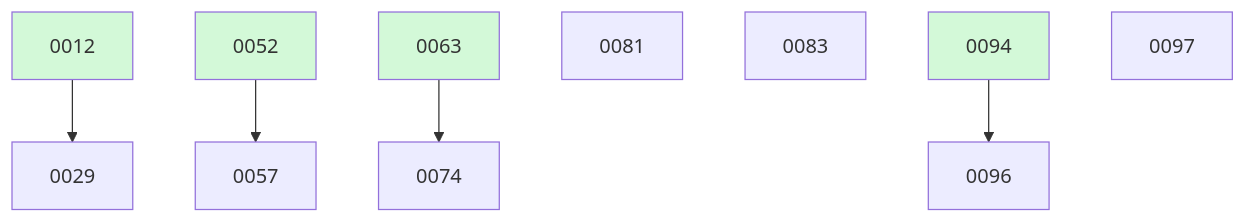
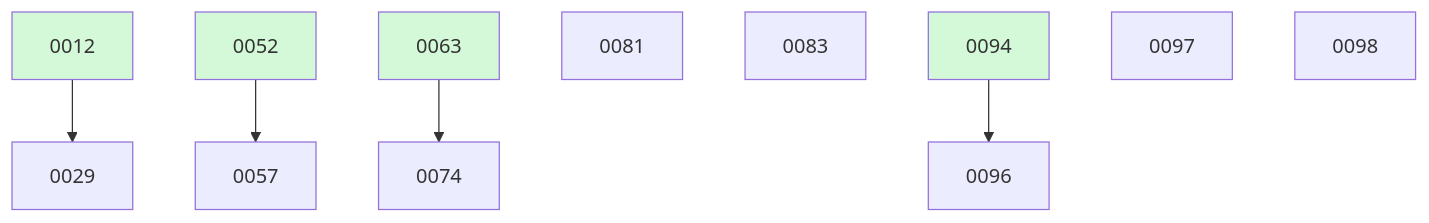
Before and after one commit to ethanhinson/fuse: the diagram in docs/changes/BOARD.md, drawn with Mermaid. The commit also changed other lines of this file and 1 other file, not shown here.

````diff
--- a/docs/changes/BOARD.md
+++ b/docs/changes/BOARD.md
@@ -32,15 +33,16 @@
 ```mermaid
 graph TD
   0012 --> 0029
   0052 --> 0057
   0063 --> 0074
   0081
   0083
   0094 --> 0096
   0097
+  0098
   0012:::done
   0052:::done
   0063:::done
   0094:::done
   classDef done fill:#d3f9d8;
 ```
````
